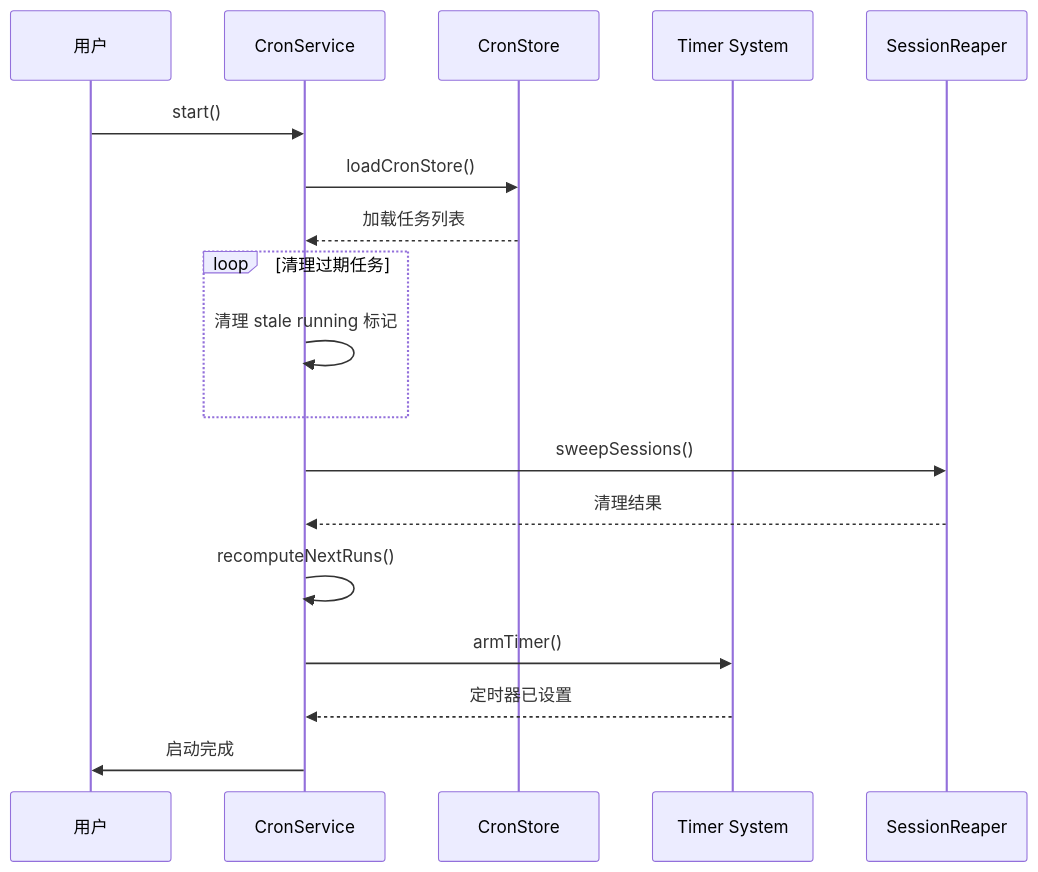
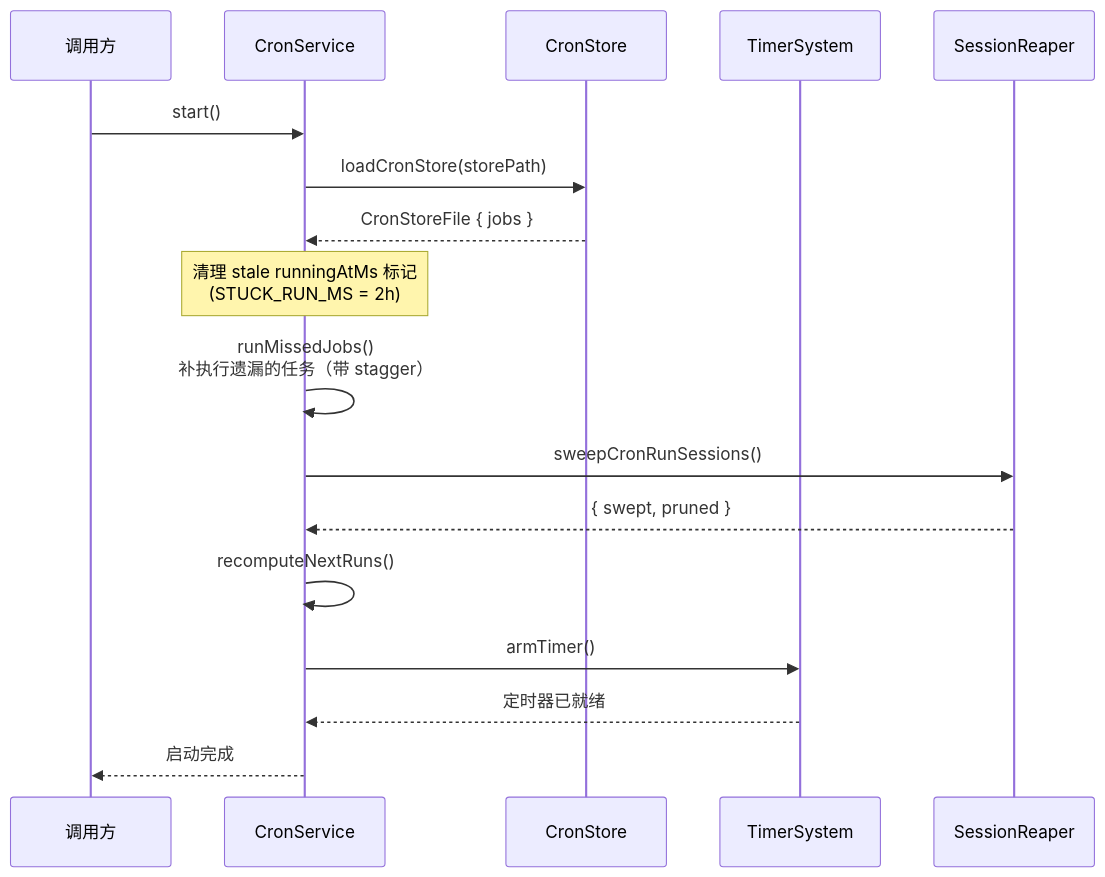
The fourth of 8 diagrams in openclaw/OPENCLAW-CRON.md (caicongyang/bloger), drawn with Mermaid before and after one commit. The commit also changed other lines of this file and 13 other files, not shown here.

````diff
--- a/openclaw/OPENCLAW-CRON.md
+++ b/openclaw/OPENCLAW-CRON.md
@@ -454,25 +388,25 @@
 ```mermaid
 sequenceDiagram
-    participant User as 用户
+    participant Caller as 调用方
     participant Service as CronService
     participant Store as CronStore
-    participant Timer as Timer System
+    participant Timer as TimerSystem
     participant Reaper as SessionReaper
-    
-    User->>Service: start()
-    Service->>Store: loadCronStore()
-    Store-->>Service: 加载任务列表
-    
-    loop 清理过期任务
-        Service->>Service: 清理 stale running 标记
-    end
-    
-    Service->>Reaper: sweepSessions()
-    Reaper-->>Service: 清理结果
-    
+
+    Caller->>Service: start()
+    Service->>Store: loadCronStore(storePath)
+    Store-->>Service: CronStoreFile { jobs }
+
+    Note over Service: 清理 stale runningAtMs 标记<br/>(STUCK_RUN_MS = 2h)
+
+    Service->>Service: runMissedJobs()<br/>补执行遗漏的任务（带 stagger）
+
+    Service->>Reaper: sweepCronRunSessions()
+    Reaper-->>Service: { swept, pruned }
+
     Service->>Service: recomputeNextRuns()
     Service->>Timer: armTimer()
-    Timer-->>Service: 定时器已设置
-    
-    Service->>User: 启动完成
+    Timer-->>Service: 定时器已就绪
+
+    Service-->>Caller: 启动完成
 ```
````
